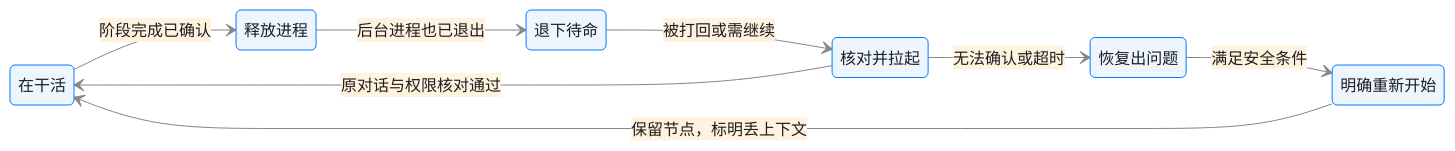
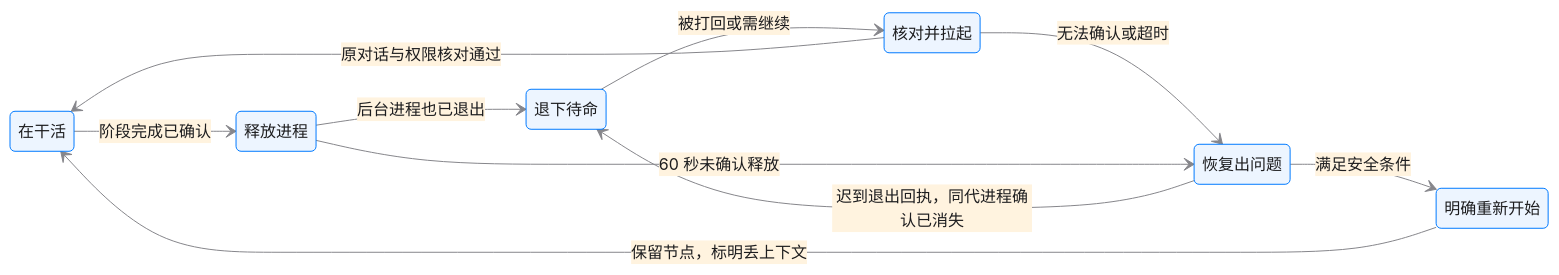
The diagram in engineering/doc/FLY-2808-node-standby-resume/lifecycle.mmd (xrliAnnie/flywheel-qa-sandbox), drawn with Mermaid before and after one commit. The commit also changed 4 other files, not shown here.

```diff
--- a/engineering/doc/FLY-2808-node-standby-resume/lifecycle.mmd
+++ b/engineering/doc/FLY-2808-node-standby-resume/lifecycle.mmd
@@ -1,16 +1,18 @@
 %%{init: {'theme':'base','themeVariables':{'fontFamily':'-apple-system, system-ui, sans-serif','primaryColor':'#edf5ff','primaryTextColor':'#1d1d1f','primaryBorderColor':'#007aff','lineColor':'#86868b','secondaryColor':'#fff3df','tertiaryColor':'#ffffff'}}}%%
 stateDiagram-v2
  direction LR
  state "在干活" as active
  state "释放进程" as retiring
  state "退下待命" as standby
  state "核对并拉起" as resuming
  state "恢复出问题" as failed
  state "明确重新开始" as fallback
  active --> retiring: 阶段完成已确认
  retiring --> standby: 后台进程也已退出
  standby --> resuming: 被打回或需继续
  resuming --> active: 原对话与权限核对通过
  resuming --> failed: 无法确认或超时
+ retiring --> failed: 60 秒未确认释放
+ failed --> standby: 迟到退出回执，同代进程确认已消失
  failed --> fallback: 满足安全条件
  fallback --> active: 保留节点，标明丢上下文
```
